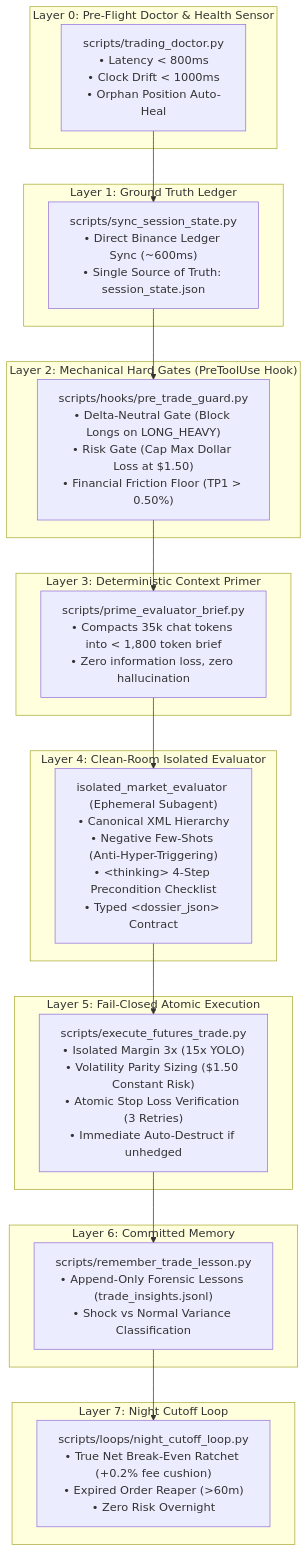
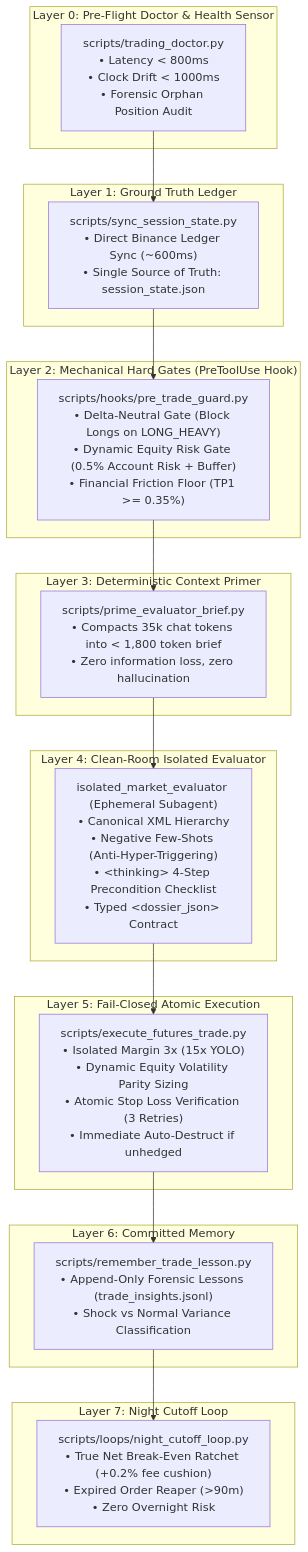
One commit to IgnacioN99/autonomous-trading-desk changed the diagram in README.md. Above: the diagram before and after it, drawn with Mermaid. The commit also changed other lines of this file and 16 other files, not shown here.

````diff
--- a/README.md
+++ b/README.md
@@ -17,36 +27,36 @@
 ```mermaid
 graph TD
     subgraph L0 ["Layer 0: Pre-Flight Doctor & Health Sensor"]
-        DOC["scripts/trading_doctor.py<br/>• Latency < 800ms<br/>• Clock Drift < 1000ms<br/>• Orphan Position Auto-Heal"]
+        DOC["scripts/trading_doctor.py<br/>• Latency < 800ms<br/>• Clock Drift < 1000ms<br/>• Forensic Orphan Position Audit"]
     end
 
     subgraph L1 ["Layer 1: Ground Truth Ledger"]
         SYNC["scripts/sync_session_state.py<br/>• Direct Binance Ledger Sync (~600ms)<br/>• Single Source of Truth: session_state.json"]
     end
 
     subgraph L2 ["Layer 2: Mechanical Hard Gates (PreToolUse Hook)"]
-        GATE["scripts/hooks/pre_trade_guard.py<br/>• Delta-Neutral Gate (Block Longs on LONG_HEAVY)<br/>• Risk Gate (Cap Max Dollar Loss at $1.50)<br/>• Financial Friction Floor (TP1 > 0.50%)"]
+        GATE["scripts/hooks/pre_trade_guard.py<br/>• Delta-Neutral Gate (Block Longs on LONG_HEAVY)<br/>• Dynamic Equity Risk Gate (0.5% Account Risk + Buffer)<br/>• Financial Friction Floor (TP1 >= 0.35%)"]
     end
 
     subgraph L3 ["Layer 3: Deterministic Context Primer"]
         BRIEF["scripts/prime_evaluator_brief.py<br/>• Compacts 35k chat tokens into &lt; 1,800 token brief<br/>• Zero information loss, zero hallucination"]
     end
 
     subgraph L4 ["Layer 4: Clean-Room Isolated Evaluator"]
         EVAL["isolated_market_evaluator (Ephemeral Subagent)<br/>• Canonical XML Hierarchy<br/>• Negative Few-Shots (Anti-Hyper-Triggering)<br/>• &lt;thinking&gt; 4-Step Precondition Checklist<br/>• Typed &lt;dossier_json&gt; Contract"]
     end
 
     subgraph L5 ["Layer 5: Fail-Closed Atomic Execution"]
-        EXEC["scripts/execute_futures_trade.py<br/>• Isolated Margin 3x (15x YOLO)<br/>• Volatility Parity Sizing ($1.50 Constant Risk)<br/>• Atomic Stop Loss Verification (3 Retries)<br/>• Immediate Auto-Destruct if unhedged"]
+        EXEC["scripts/execute_futures_trade.py<br/>• Isolated Margin 3x (15x YOLO)<br/>• Dynamic Equity Volatility Parity Sizing<br/>• Atomic Stop Loss Verification (3 Retries)<br/>• Immediate Auto-Destruct if unhedged"]
     end
 
     subgraph L6 ["Layer 6: Committed Memory"]
         MEM["scripts/remember_trade_lesson.py<br/>• Append-Only Forensic Lessons (trade_insights.jsonl)<br/>• Shock vs Normal Variance Classification"]
     end
 
     subgraph L7 ["Layer 7: Night Cutoff Loop"]
-        LOOP["scripts/loops/night_cutoff_loop.py<br/>• True Net Break-Even Ratchet (+0.2% fee cushion)<br/>• Expired Order Reaper (>60m)<br/>• Zero Risk Overnight"]
+        LOOP["scripts/loops/night_cutoff_loop.py<br/>• True Net Break-Even Ratchet (+0.2% fee cushion)<br/>• Expired Order Reaper (>90m)<br/>• Zero Overnight Risk"]
     end
 
     DOC --> SYNC --> GATE --> BRIEF --> EVAL --> EXEC --> MEM --> LOOP
 ```
````
